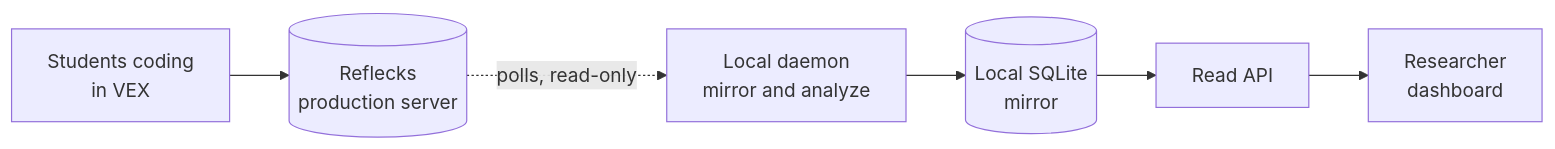
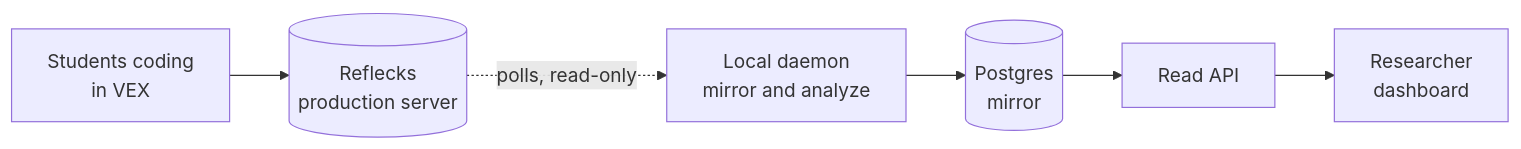
The diagram in README.md (InviteInstitute/lm-dashboard), drawn with Mermaid before and after one commit. The commit also changed other lines of this file and 30 other files, not shown here.

````diff
--- a/README.md
+++ b/README.md
@@ -10,8 +10,8 @@
 ```mermaid
 flowchart LR
     students["Students coding<br/>in VEX"] --> prod[("Reflecks<br/>production server")]
     prod -. "polls, read-only" .-> daemon["Local daemon<br/>mirror and analyze"]
-    daemon --> sqlite[("Local SQLite<br/>mirror")]
-    sqlite --> api["Read API"]
+    daemon --> pg[("Postgres<br/>mirror")]
+    pg --> api["Read API"]
     api --> dash["Researcher<br/>dashboard"]
 ```
````
